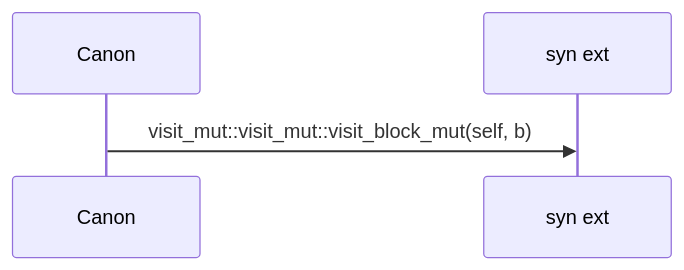
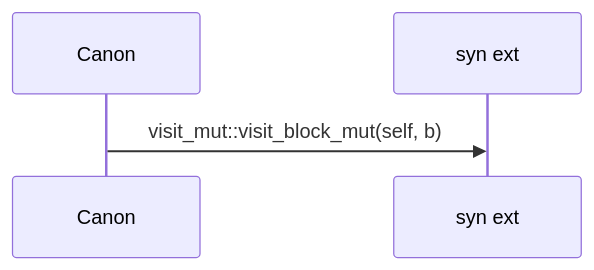
The seventh of 16 diagrams in docs/sealmap/crates/sealmap-rust/src/fingerprint.rs.md (DreamLab-AI/codemaid), drawn with Mermaid before and after one commit. The commit also changed other lines of this file and 29 other files, not shown here.

````diff
--- a/docs/sealmap/crates/sealmap-rust/src/fingerprint.rs.md
+++ b/docs/sealmap/crates/sealmap-rust/src/fingerprint.rs.md
@@ -168,6 +168,6 @@
 ```mermaid
 sequenceDiagram
   participant sealmap_rust__fingerprint___tCanon as Canon
   participant _syn as syn ext
-  sealmap_rust__fingerprint___tCanon->>_syn: visit_mut::visit_mut::visit_block_mut(self, b)
+  sealmap_rust__fingerprint___tCanon->>_syn: visit_mut::visit_block_mut(self, b)
 ```
````
